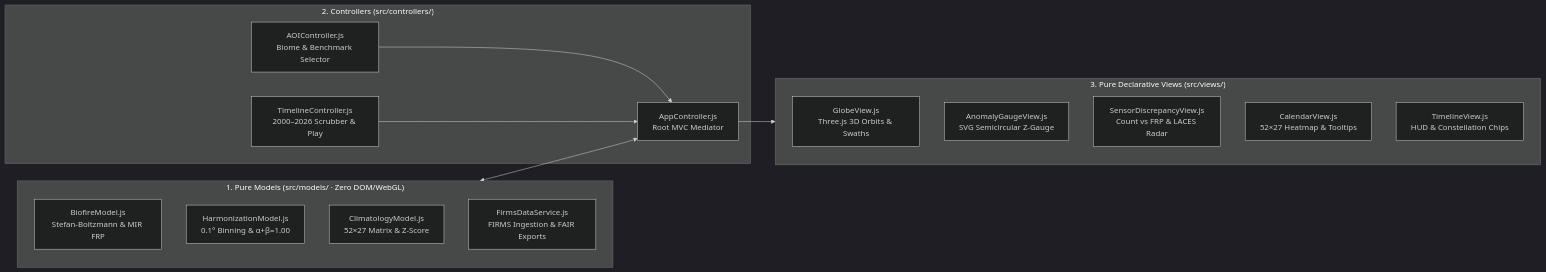
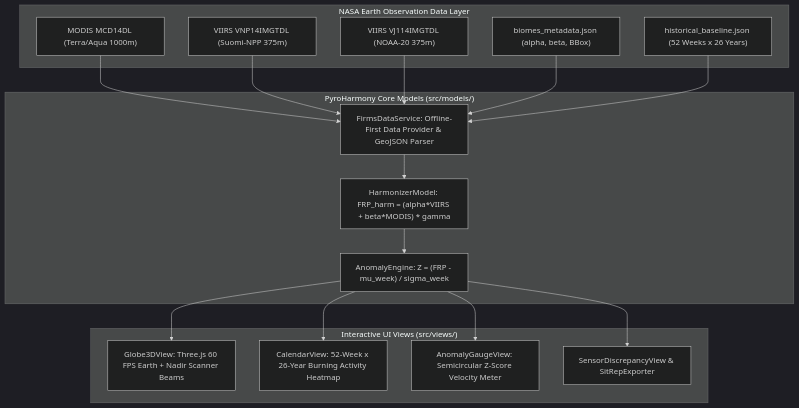
One commit to algoxplorers-ctrl/PyroHarmony changed the diagram in README.md. Above: the diagram before and after it, drawn with Mermaid (dark theme). The commit also changed other lines of this file, not shown here.

````diff
--- a/README.md
+++ b/README.md
@@ -121,28 +72,28 @@
 ```mermaid
-flowchart LR
-  subgraph Models ["1. Pure Models (src/models/ · Zero DOM/WebGL)"]
-    BM["BiofireModel.js<br/>Stefan-Boltzmann & MIR FRP"]
-    HM["HarmonizationModel.js<br/>0.1° Binning & α+β=1.00"]
-    CM["ClimatologyModel.js<br/>52×27 Matrix & Z-Score"]
-    FD["FirmsDataService.js<br/>FIRMS Ingestion & FAIR Exports"]
-  end
+flowchart TD
+    subgraph Data Layer ["NASA Earth Observation Data Layer"]
+        MCD["MODIS MCD14DL (Terra/Aqua 1000m)"]
+        VNP["VIIRS VNP14IMGTDL (Suomi-NPP 375m)"]
+        VJ1["VIIRS VJ114IMGTDL (NOAA-20 375m)"]
+        META["biomes_metadata.json (alpha, beta, BBox)"]
+        BASE["historical_baseline.json (52 Weeks x 26 Years)"]
+    end
 
-  subgraph Controllers ["2. Controllers (src/controllers/)"]
-    AC["AppController.js<br/>Root MVC Mediator"]
-    AOI["AOIController.js<br/>Biome & Benchmark Selector"]
-    TC["TimelineController.js<br/>2000–2026 Scrubber & Play"]
-  end
+    subgraph Engine ["PyroHarmony Core Models (src/models/)"]
+        HM["HarmonizerModel: FRP_harm = (alpha*VIIRS + beta*MODIS) * gamma"]
+        AE["AnomalyEngine: Z = (FRP - mu_week) / sigma_week"]
+        FD["FirmsDataService: Offline-First Data Provider & GeoJSON Parser"]
+    end
 
-  subgraph Views ["3. Pure Declarative Views (src/views/)"]
-    GV["GlobeView.js<br/>Three.js 3D Orbits & Swaths"]
-    AG["AnomalyGaugeView.js<br/>SVG Semicircular Z-Gauge"]
-    SD["SensorDiscrepancyView.js<br/>Count vs FRP & LACES Radar"]
-    CV["CalendarView.js<br/>52×27 Heatmap & Tooltips"]
-    TV["TimelineView.js<br/>HUD & Constellation Chips"]
-  end
+    subgraph Views ["Interactive UI Views (src/views/)"]
+        GL["Globe3DView: Three.js 60 FPS Earth + Nadir Scanner Beams"]
+        CAL["CalendarView: 52-Week x 26-Year Burning Activity Heatmap"]
+        GAU["AnomalyGaugeView: Semicircular Z-Score Velocity Meter"]
+        HUD["SensorDiscrepancyView & SitRepExporter"]
+    end
 
-  Models <--> AC
-  AOI --> AC
-  TC --> AC
-  AC --> Views
+    MCD & VNP & VJ1 --> FD
+    META & BASE --> FD
+    FD --> HM --> AE
+    AE --> GAU & CAL & GL & HUD
 ```
````
